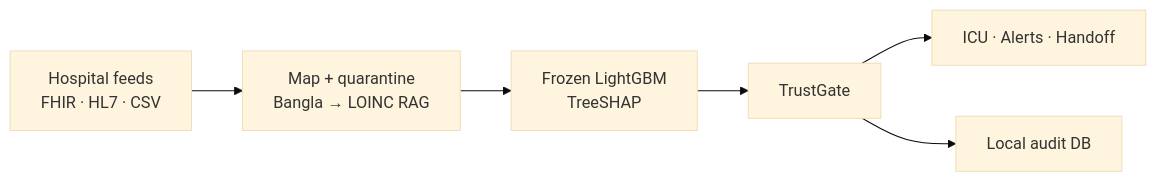
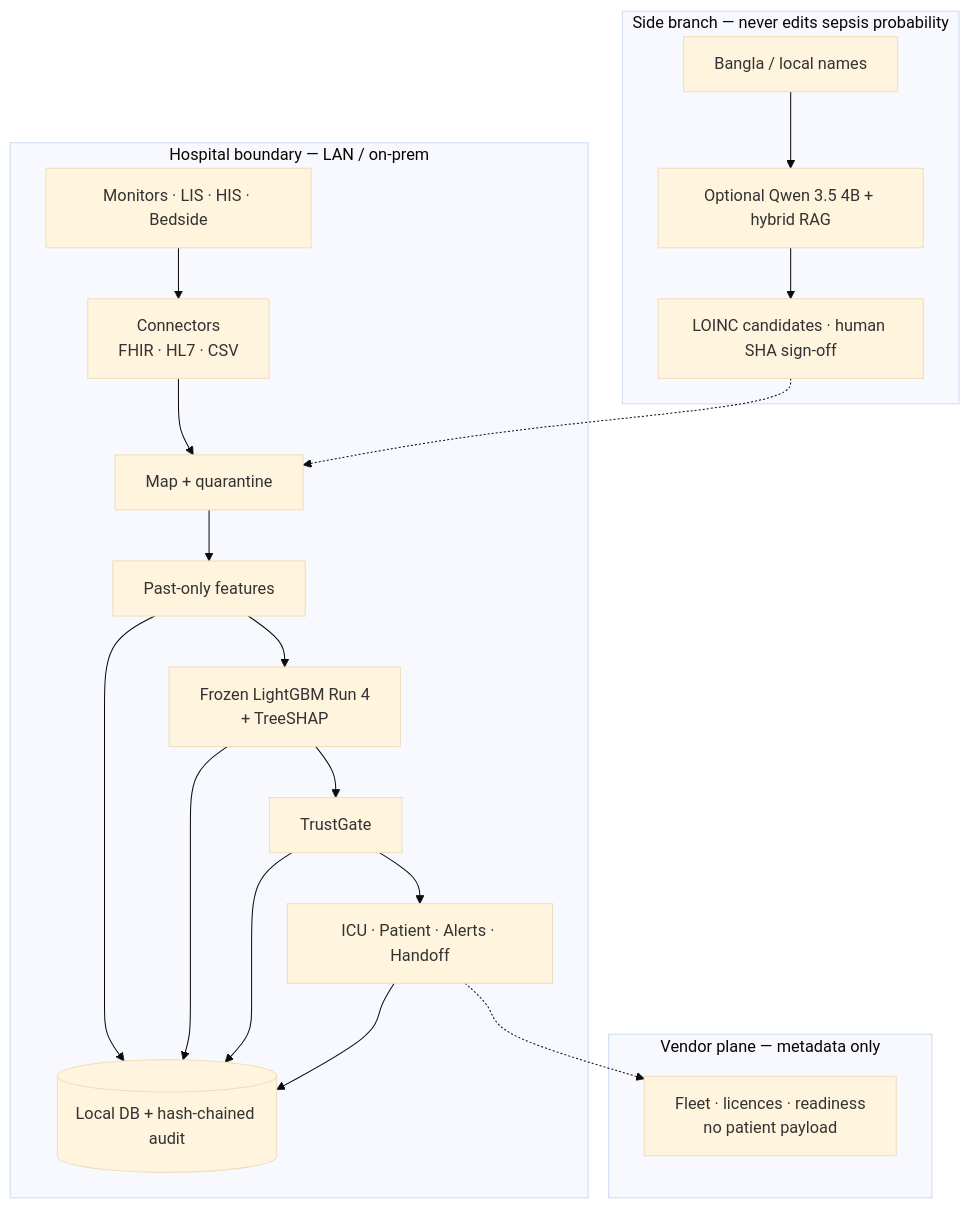
Before and after one commit to tanvir-ahmed-siddique-ctrl/Sepsis: the first of 2 diagrams in README.md, drawn with Mermaid (base theme). The commit also changed other lines of this file and 26 other files, not shown here.

````diff
--- a/README.md
+++ b/README.md
@@ -21,8 +41,30 @@
 ```mermaid
-flowchart LR
-  SRC["Hospital feeds<br/>FHIR · HL7 · CSV"] --> MAP["Map + quarantine<br/>Bangla → LOINC RAG"]
-  MAP --> ML["Frozen LightGBM<br/>TreeSHAP"]
-  ML --> TG["TrustGate"]
-  TG --> UI["ICU · Alerts · Handoff"]
-  TG --> AUD["Local audit DB"]
+flowchart TB
+  subgraph HOSPITAL["Hospital boundary — LAN / on-prem"]
+    SRC["Monitors · LIS · HIS · Bedside"]
+    CONN["Connectors<br/>FHIR · HL7 · CSV"]
+    MAP["Map + quarantine"]
+    FEAT["Past-only features"]
+    ML["Frozen LightGBM Run 4<br/>+ TreeSHAP"]
+    TG["TrustGate"]
+    UI["ICU · Patient · Alerts · Handoff"]
+    DB[("Local DB + hash-chained audit")]
+    SRC --> CONN --> MAP --> FEAT --> ML --> TG --> UI
+    FEAT --> DB
+    ML --> DB
+    TG --> DB
+    UI --> DB
+  end
+
+  subgraph SIDE["Side branch — never edits sepsis probability"]
+    BN["Bangla / local names"]
+    QW["Optional Qwen 3.5 4B + hybrid RAG"]
+    LO["LOINC candidates · human SHA sign-off"]
+    BN --> QW --> LO -.-> MAP
+  end
+
+  subgraph VENDOR["Vendor plane — metadata only"]
+    FLEET["Fleet · licences · readiness<br/>no patient payload"]
+  end
+  UI -.-> FLEET
 ```
````
